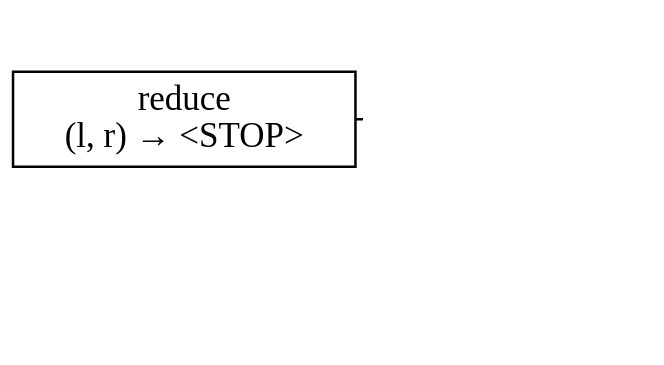
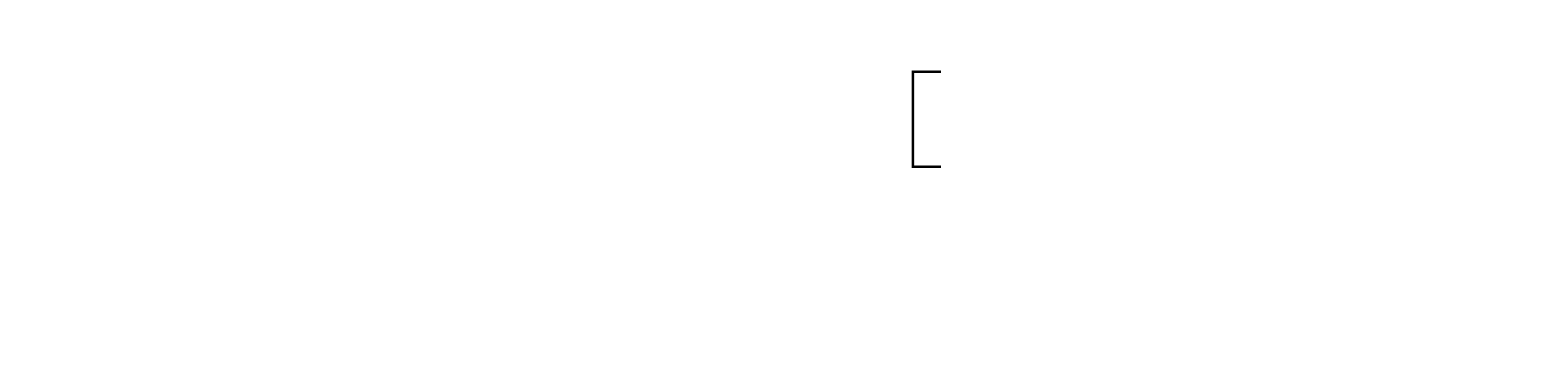
One commit to inponomarev/kstreams-testing-pitfalls changed diagram 18 of 26 in slides/src/main/asciidoc/lecture.adoc. Above: the diagram before and after it, drawn with Graphviz. The commit also changed other lines of this file, not shown here.

```diff
--- a/slides/src/main/asciidoc/lecture.adoc
+++ b/slides/src/main/asciidoc/lecture.adoc
@@ -763,27 +793,36 @@
 [graphviz,"cache3.png"]
 ----
 digraph G {
 
 graph [ dpi = 180 ];
 rankdir="LR";
 
 Reduce[shape=box,label="reduce \n (l, r) → <STOP>"];
 
 Reduce -> Cache;
 
 Cache[shape=box,label=<<table cellspacing="5" cellborder="0"  border="0">
         <tr><td colspan="2">Cache</td></tr>
         <tr><td>A</td><vr/><td>&lt;STOP&gt;</td></tr>
         <tr><td>B</td><vr/><td>&lt;STOP&gt;</td></tr>
         </table>>]
 
 Store[shape=cylinder,label=<<table cellspacing="5" cellborder="0"  border="0">
         <tr><td colspan="2">Local Store</td></tr>
         <tr><td> </td><td> </td></tr>
         </table>>];
         
 Cache -> Store;
 {rank = same; Store; Cache; }
 
+#Padding with invisible elements
+P3->P4->P5->P6->Reduce[style="invis"];
+Cache -> P1 -> P2[style="invis"];
+P1[label="<STOP>", style="invis"];
+P2[label="<STOP>", style="invis"];
+P3[label="A", style="invis"];
+P4[label="A", style="invis"];
+P5[label="A", style="invis"];
+P6[label="A", style="invis"];
 }
 ----
```
